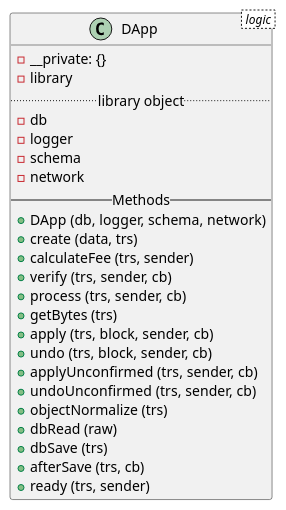
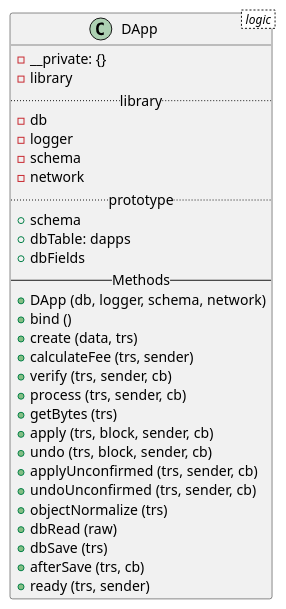
Before and after one commit to LucasIsasmendi/lisk-core-plantuml: the diagram in class/classes/logic/dapp.puml, drawn with PlantUML. The commit also changed 14 other files, not shown here.

```diff
--- a/class/classes/logic/dapp.puml
+++ b/class/classes/logic/dapp.puml
@@ -1,27 +1,32 @@
 @startuml
 class DApp < logic > {
   - __private: {}
   - library
-  .. library object ..
+  .. library ..
   - db
   - logger
   - schema
   - network
+  .. prototype ..
+  + schema
+  + dbTable: dapps
+  + dbFields
   -- Methods --
   + DApp (db, logger, schema, network)
+  + bind ()
   + create (data, trs)
   + calculateFee (trs, sender)
   + verify (trs, sender, cb)
   + process (trs, sender, cb)
   + getBytes (trs)
   + apply (trs, block, sender, cb)
   + undo (trs, block, sender, cb)
   + applyUnconfirmed (trs, sender, cb)
   + undoUnconfirmed (trs, sender, cb)
   + objectNormalize (trs)
   + dbRead (raw)
   + dbSave (trs)
   + afterSave (trs, cb)
   + ready (trs, sender)
 }
 @endtuml
```
